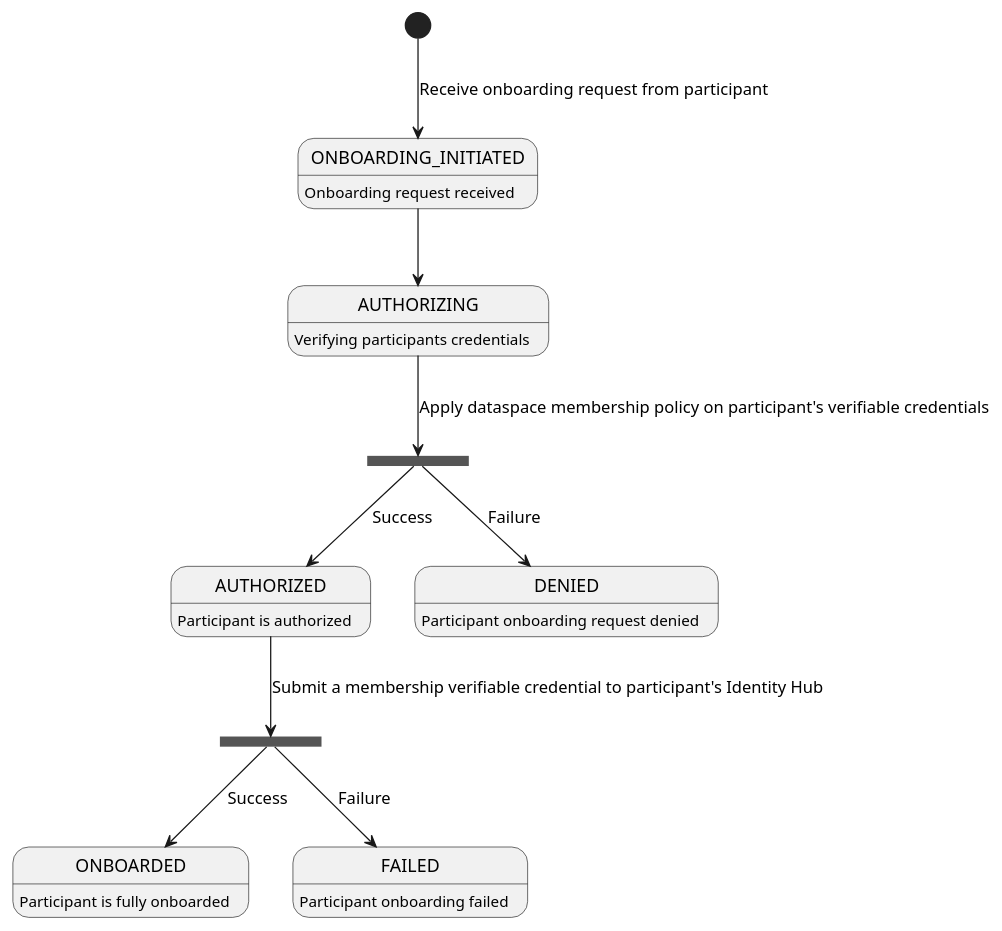
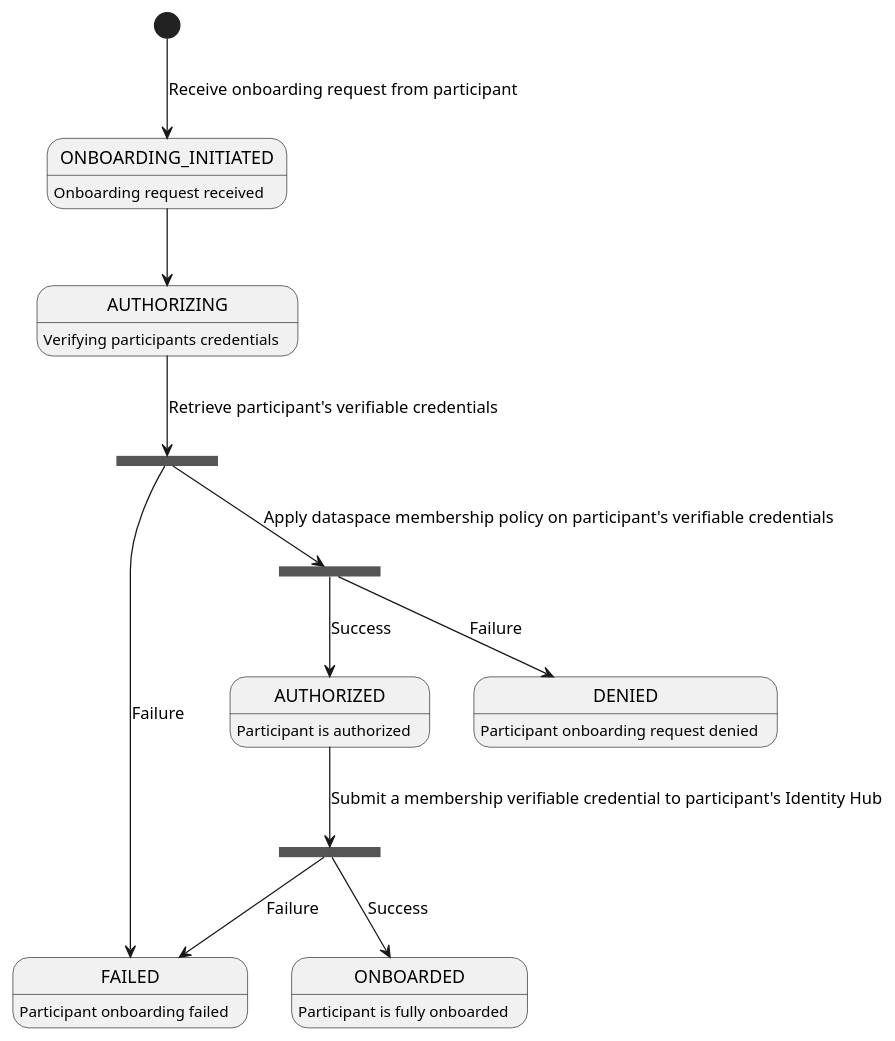
Before and after one commit to eclipse-edc/RegistrationService: the diagram in docs/developer/decision-records/2022-08-02-participant-status/participant-status.puml, drawn with PlantUML. The commit also changed 13 other files, not shown here.

```diff
--- a/docs/developer/decision-records/2022-08-02-participant-status/participant-status.puml
+++ b/docs/developer/decision-records/2022-08-02-participant-status/participant-status.puml
@@ -1,20 +1,23 @@
 @startuml
 ONBOARDING_INITIATED: Onboarding request received
 AUTHORIZING: Verifying participants credentials
 AUTHORIZED: Participant is authorized
 ONBOARDED: Participant is fully onboarded
 DENIED: Participant onboarding request denied
 FAILED: Participant onboarding failed
 
+state retrieve_vc_result <<fork>>
 state authorization_result <<fork>>
 state submission_result <<fork>>
 
 [*] --> ONBOARDING_INITIATED: Receive onboarding request from participant
 ONBOARDING_INITIATED --> AUTHORIZING
-AUTHORIZING --> authorization_result: Apply dataspace membership policy on participant's verifiable credentials
+AUTHORIZING --> retrieve_vc_result: Retrieve participant's verifiable credentials
+retrieve_vc_result --> authorization_result: Apply dataspace membership policy on participant's verifiable credentials
+retrieve_vc_result --> FAILED: Failure
 authorization_result --> AUTHORIZED: Success
 authorization_result --> DENIED: Failure
 AUTHORIZED --> submission_result: Submit a membership verifiable credential to participant's Identity Hub
 submission_result --> ONBOARDED: Success
 submission_result --> FAILED: Failure
 @enduml
```
